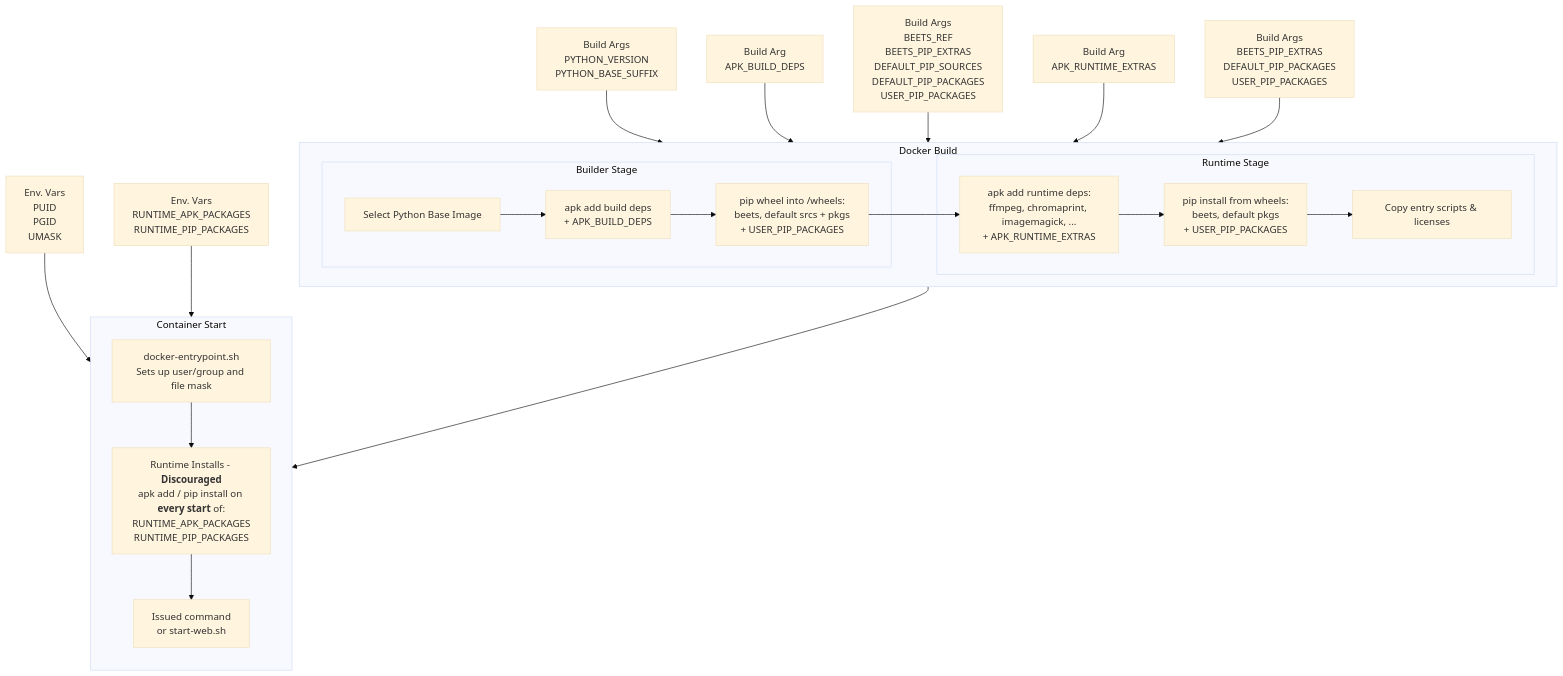
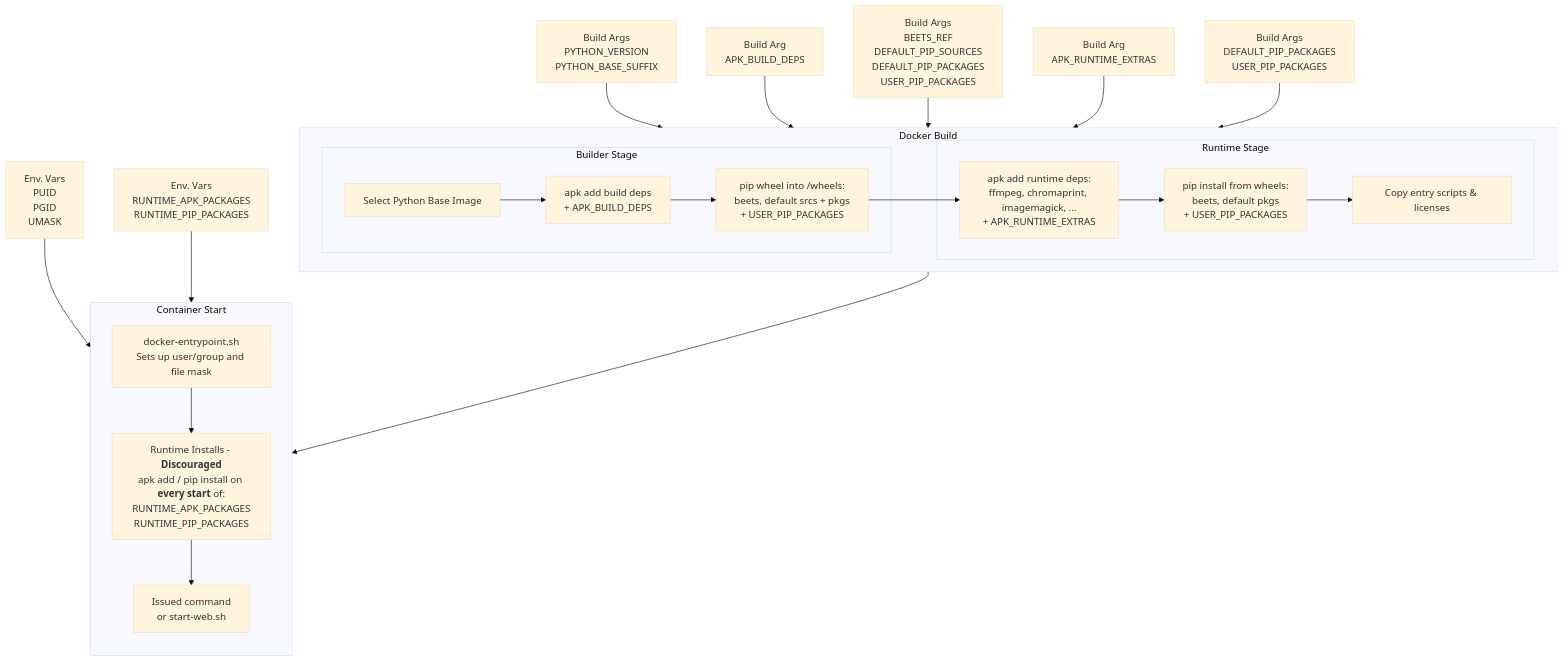
The diagram in docs/container-lifecycle.md (treyturner/docker-beets), drawn with Mermaid (base theme) before and after one commit. The commit also changed 3 other files, not shown here.

Commit message:
fix: don't use beets extras after all

````diff
--- a/docs/container-lifecycle.md
+++ b/docs/container-lifecycle.md
@@ -9,32 +9,32 @@
 ```mermaid
 flowchart TD
     A1["Build Args<br/>PYTHON_VERSION<br/>PYTHON_BASE_SUFFIX"] --> B0
     A2["Build Arg<br/>APK_BUILD_DEPS"] --> B1
-    A3["Build Args<br/>BEETS_REF<br/>BEETS_PIP_EXTRAS<br/>DEFAULT_PIP_SOURCES<br/>DEFAULT_PIP_PACKAGES<br/>USER_PIP_PACKAGES"] --> B2
+    A3["Build Args<br/>BEETS_REF<br/>DEFAULT_PIP_SOURCES<br/>DEFAULT_PIP_PACKAGES<br/>USER_PIP_PACKAGES"] --> B2
     A4["Build Arg<br/>APK_RUNTIME_EXTRAS"] --> R1
-    A5["Build Args<br/>BEETS_PIP_EXTRAS<br/>DEFAULT_PIP_PACKAGES<br/>USER_PIP_PACKAGES"] --> R2
+    A5["Build Args<br/>DEFAULT_PIP_PACKAGES<br/>USER_PIP_PACKAGES"] --> R2
     A6["Env. Vars<br/>PUID<br/>PGID<br/>UMASK"] --> E1
     A7["Env. Vars<br/>RUNTIME_APK_PACKAGES<br/>RUNTIME_PIP_PACKAGES"] --> E2
 
     subgraph Docker Build
         direction LR
         subgraph Builder Stage
             B0["Select Python Base Image"] --> B1
             B1["apk add build deps<br/>+ APK_BUILD_DEPS"] --> B2
             B2["pip wheel into /wheels:<br/>beets, default srcs + pkgs<br/>+ USER_PIP_PACKAGES"]
         end
 
         subgraph Runtime Stage
             B2 --> R1["apk add runtime deps:<br/>ffmpeg, chromaprint, imagemagick, ...<br/>+ APK_RUNTIME_EXTRAS"]
             R1 --> R2["pip install from wheels:<br/>beets, default pkgs<br/>+ USER_PIP_PACKAGES"]
             R2 --> R3["Copy entry scripts & licenses"]
         end
     end
 
     subgraph Container Start
         direction TB
         R3 --> E1["docker-entrypoint.sh<br/>Sets up user/group and file mask"]
         E1 --> E2["Runtime Installs - <b>Discouraged</b><br/>apk add / pip install on <b>every start</b> of:<br/>RUNTIME_APK_PACKAGES<br/>RUNTIME_PIP_PACKAGES"]
         E2 --> E3["Issued command<br/>or start-web.sh"]
     end
 ```
````
